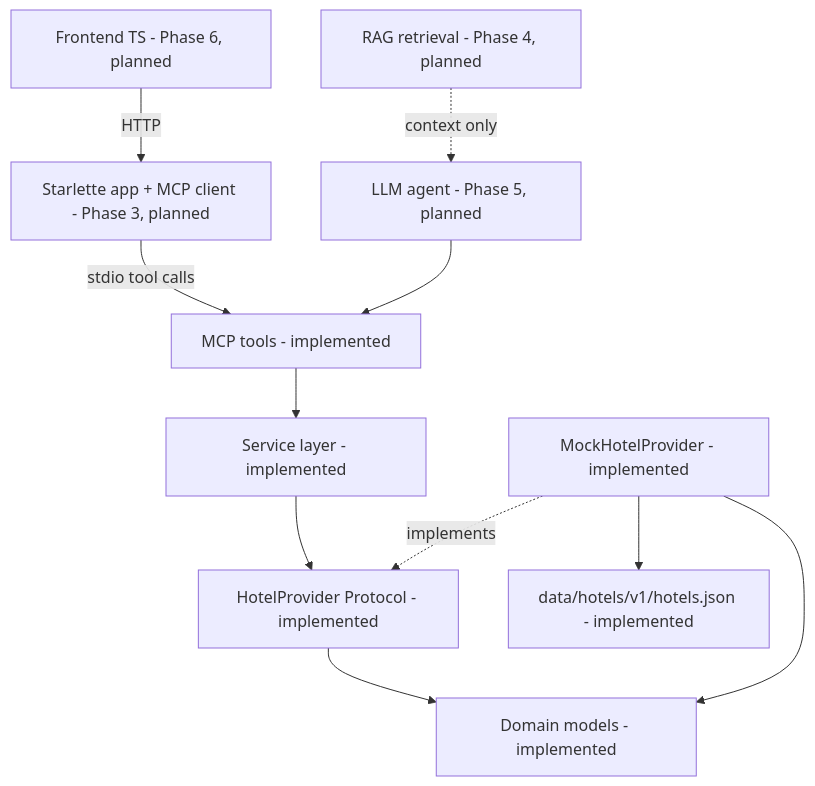
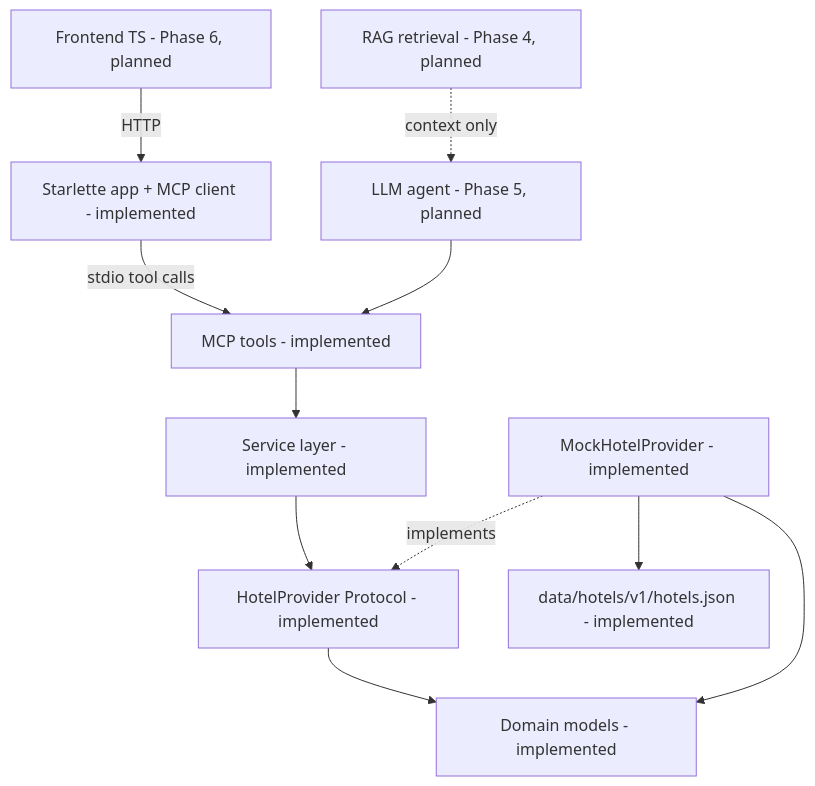
Before and after one commit to aklid01/staysmart-ai: the diagram in docs/ARCHITECTURE.md, drawn with Mermaid. The commit also changed other lines of this file and 4 other files, not shown here.

Commit message:
docs: document phase 3 API and update architecture

````diff
--- a/docs/ARCHITECTURE.md
+++ b/docs/ARCHITECTURE.md
@@ -21,13 +21,13 @@
 ```mermaid
 flowchart TD
-  FE["Frontend TS - Phase 6, planned"] -->|HTTP| APP["Starlette app + MCP client - Phase 3, planned"]
+  FE["Frontend TS - Phase 6, planned"] -->|HTTP| APP["Starlette app + MCP client - implemented"]
   APP -->|"stdio tool calls"| TOOLS["MCP tools - implemented"]
   AGENT["LLM agent - Phase 5, planned"] --> TOOLS
   RAG["RAG retrieval - Phase 4, planned"] -.->|"context only"| AGENT
   TOOLS --> SVC["Service layer - implemented"]
   SVC --> PROTO["HotelProvider Protocol - implemented"]
   MOCK["MockHotelProvider - implemented"] -.->|implements| PROTO
   MOCK --> DATA["data/hotels/v1/hotels.json - implemented"]
   PROTO --> MODELS["Domain models - implemented"]
   MOCK --> MODELS
 ```
````
